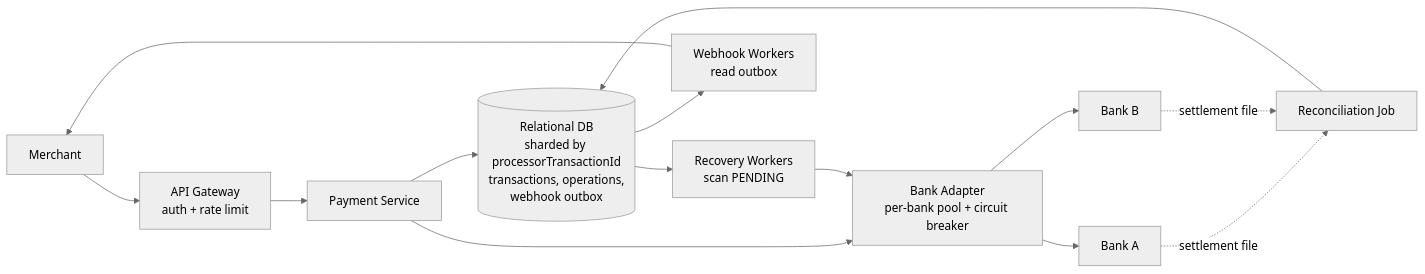
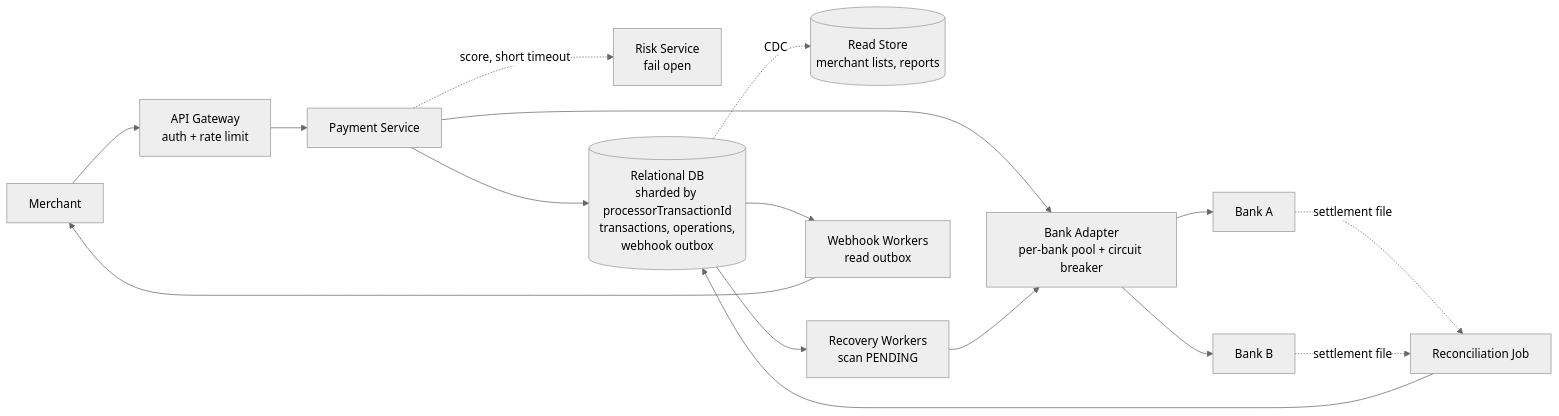
The second of 4 diagrams in system-design/payment-processor-design-prep.md (lingyun3730/future), drawn with Mermaid (neutral theme) before and after one commit. The commit also changed other lines of this file, not shown here.

Commit message:
Add risk service and read store to payment processor diagrams

````diff
--- a/system-design/payment-processor-design-prep.md
+++ b/system-design/payment-processor-design-prep.md
@@ -1209,16 +1209,18 @@
 ```mermaid
 flowchart LR
     M[Merchant] --> GW[API Gateway<br/>auth + rate limit]
     GW --> PS[Payment Service]
+    PS -.score, short timeout.-> RS[Risk Service<br/>fail open]
     PS --> DB[(Relational DB<br/>sharded by processorTransactionId<br/>transactions, operations,<br/>webhook outbox)]
+    DB -.CDC.-> RO[(Read Store<br/>merchant lists, reports)]
     DB --> BW[Recovery Workers<br/>scan PENDING]
     DB --> WW[Webhook Workers<br/>read outbox]
     PS --> BA[Bank Adapter<br/>per-bank pool + circuit breaker]
     BW --> BA
     BA --> B1[Bank A]
     BA --> B2[Bank B]
     WW --> M
     REC[Reconciliation Job] --> DB
     B1 -.settlement file.-> REC
     B2 -.settlement file.-> REC
 ```
````
